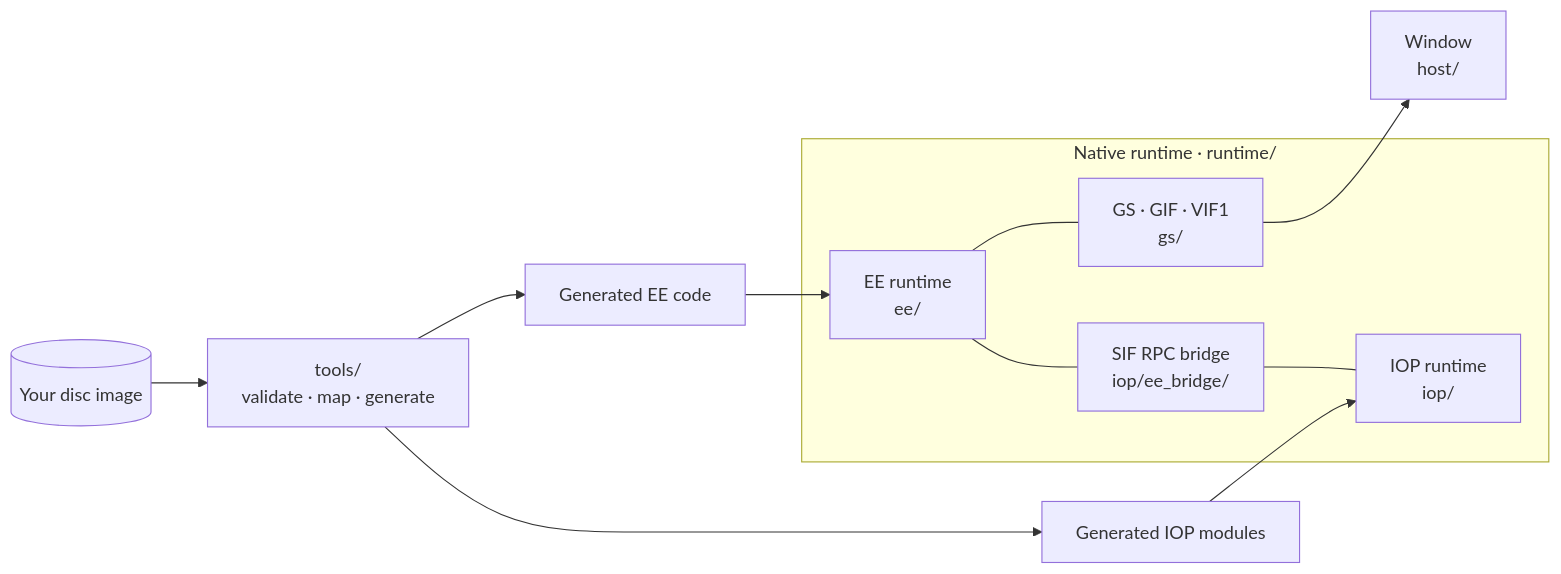
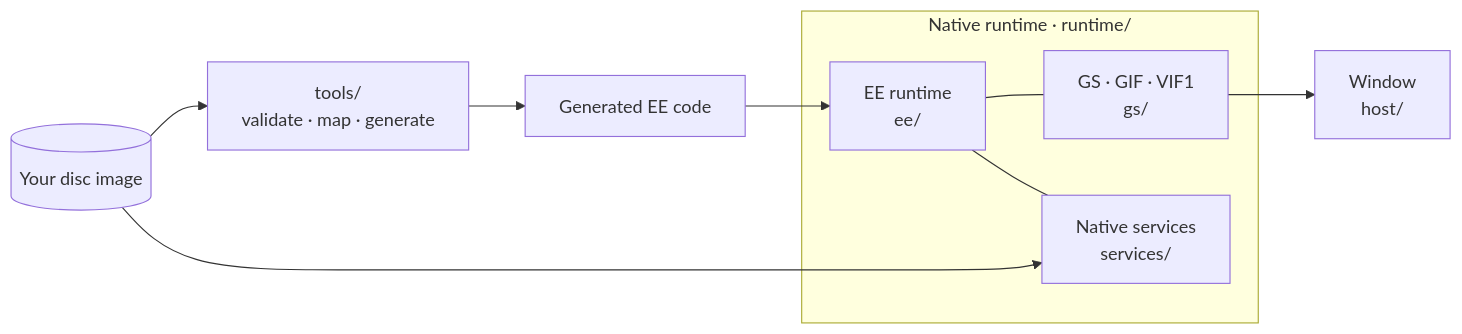
The diagram in README.md (oric212/BT2-Recomp), drawn with Mermaid before and after one commit. The commit also changed other lines of this file and 126 other files, not shown here.

First line of the commit message:
Native IOP services; remove the emulated IOP

````diff
--- a/README.md
+++ b/README.md
@@ -78,14 +78,12 @@
 ```mermaid
 flowchart LR
     disc[("Your disc image")] --> tools["tools/<br/>validate · map · generate"]
     tools --> ee["Generated EE code"]
-    tools --> iop["Generated IOP modules"]
     subgraph runtime["Native runtime · runtime/"]
         eert["EE runtime<br/>ee/"] --- gs["GS · GIF · VIF1<br/>gs/"]
-        eert --- bridge["SIF RPC bridge<br/>iop/ee_bridge/"]
-        bridge --- ioprt["IOP runtime<br/>iop/"]
+        eert --- services["Native services<br/>services/"]
     end
     ee --> eert
-    iop --> ioprt
+    disc --> services
     gs --> host["Window<br/>host/"]
 ```
````
